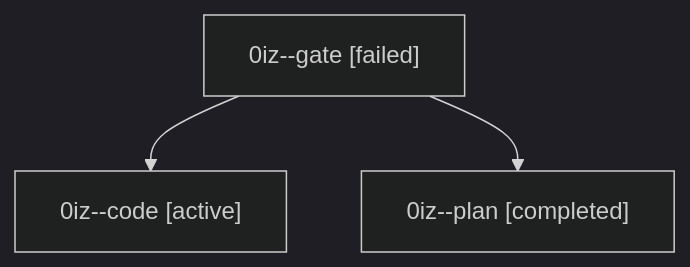
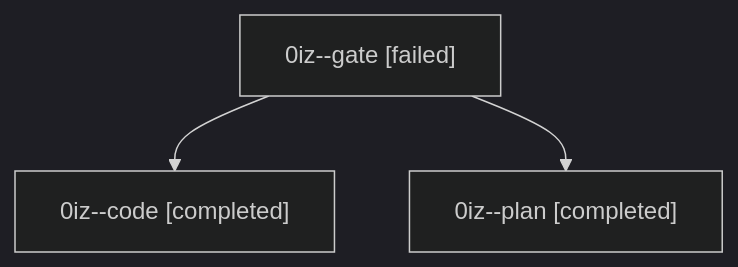
Before and after one commit to bobs-org/bob-cli--agents: the diagram in sessions/bbugyi200.athena.0iz.md, drawn with Mermaid (dark theme). The commit also changed other lines of this file and 26 other files, not shown here.

````diff
--- a/sessions/bbugyi200.athena.0iz.md
+++ b/sessions/bbugyi200.athena.0iz.md
@@ -9,8 +9,8 @@
 ```mermaid
 flowchart TD
   n0["0iz--gate [failed]"]
-  n1["0iz--code [active]"]
+  n1["0iz--code [completed]"]
   n0 --> n1
   n2["0iz--plan [completed]"]
   n0 --> n2
 ```
````
